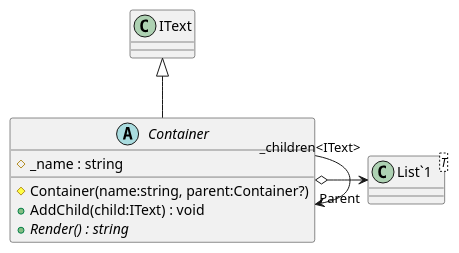
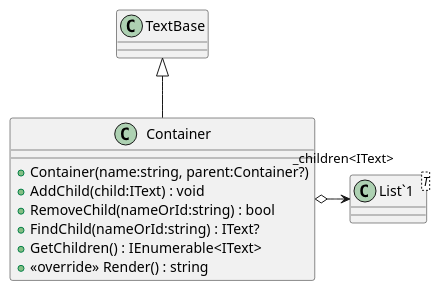
Before and after one commit to anatolii-dotsenko/Optima_OOP: the diagram in Diagrams/AutoGeneratedModel/Text/Container.puml, drawn with PlantUML. The commit also changed 54 other files, not shown here.

```diff
--- a/Diagrams/AutoGeneratedModel/Text/Container.puml
+++ b/Diagrams/AutoGeneratedModel/Text/Container.puml
@@ -1,13 +1,14 @@
 @startuml
-abstract class Container {
-    # _name : string
-    # Container(name:string, parent:Container?)
+class Container {
+    + Container(name:string, parent:Container?)
     + AddChild(child:IText) : void
-    + {abstract} Render() : string
+    + RemoveChild(nameOrId:string) : bool
+    + FindChild(nameOrId:string) : IText?
+    + GetChildren() : IEnumerable<IText>
+    + <<override>> Render() : string
 }
 class "List`1"<T> {
 }
-IText <|-- Container
+TextBase <|-- Container
 Container o-> "_children<IText>" "List`1"
-Container --> "Parent" Container
 @enduml
```
